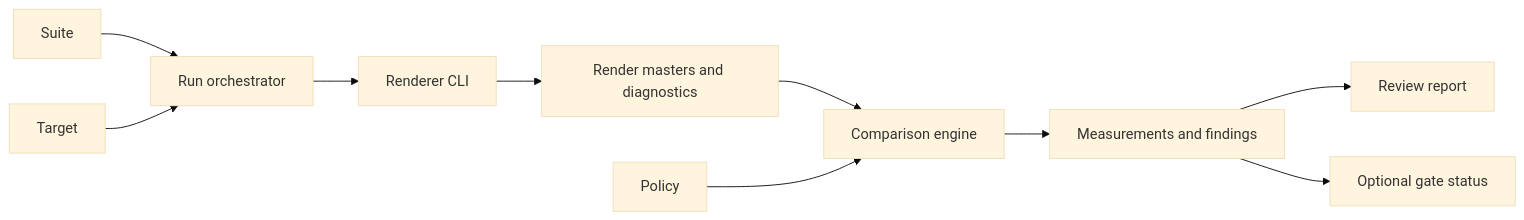
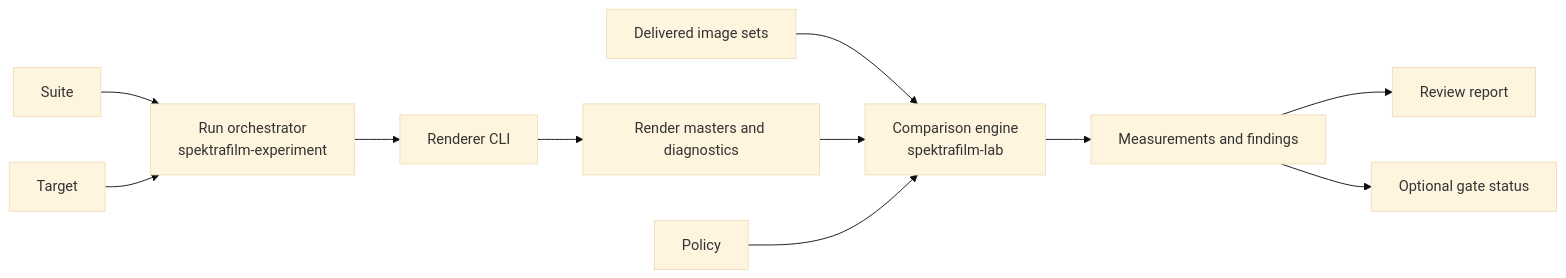
One commit to suraciii/spektrafilm-rs changed the diagram in specs/instrument/design.md. Above: the diagram before and after it, drawn with Mermaid (base theme). The commit also changed other lines of this file and 89 other files, not shown here.

````diff
--- a/specs/instrument/design.md
+++ b/specs/instrument/design.md
@@ -20,12 +25,13 @@
 ```mermaid
 flowchart LR
-    S[Suite] --> R[Run orchestrator]
+    S[Suite] --> R[Run orchestrator<br/>spektrafilm-experiment]
     T[Target] --> R
     R --> X[Renderer CLI]
     X --> M[Render masters and diagnostics]
-    M --> C[Comparison engine]
+    I[Delivered image sets] --> C[Comparison engine<br/>spektrafilm-lab]
+    M --> C
     P[Policy] --> C
     C --> E[Measurements and findings]
     E --> H[Review report]
     E --> G[Optional gate status]
 ```
````
